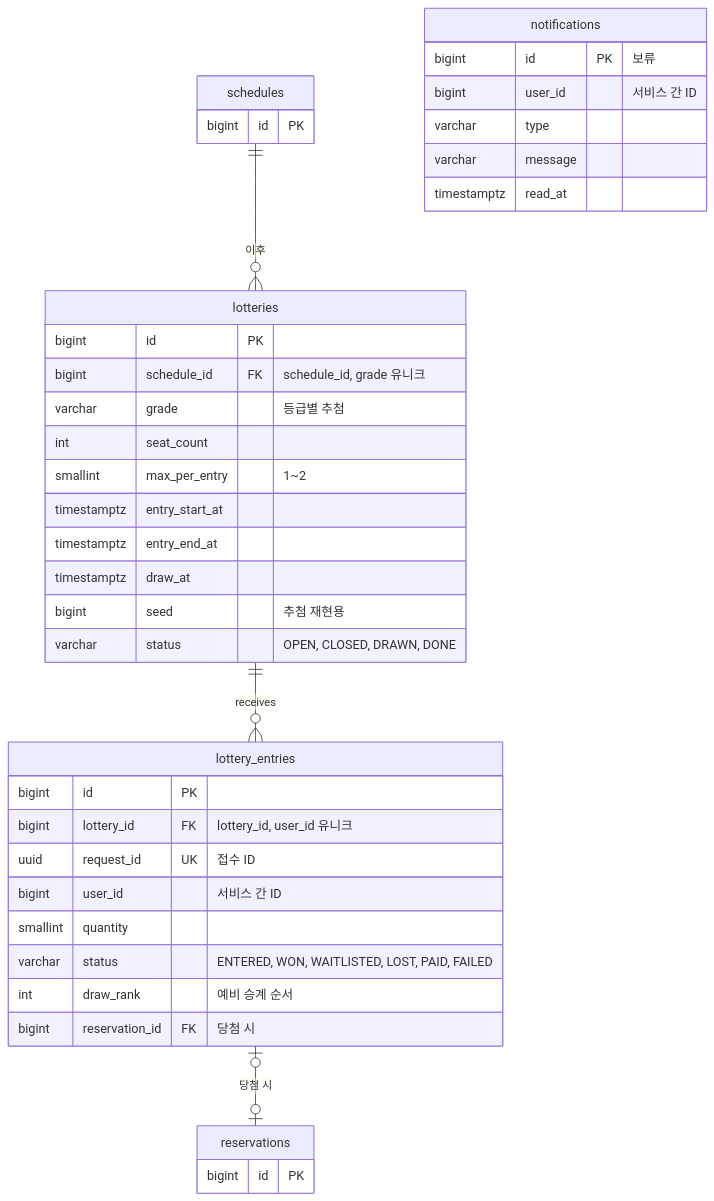
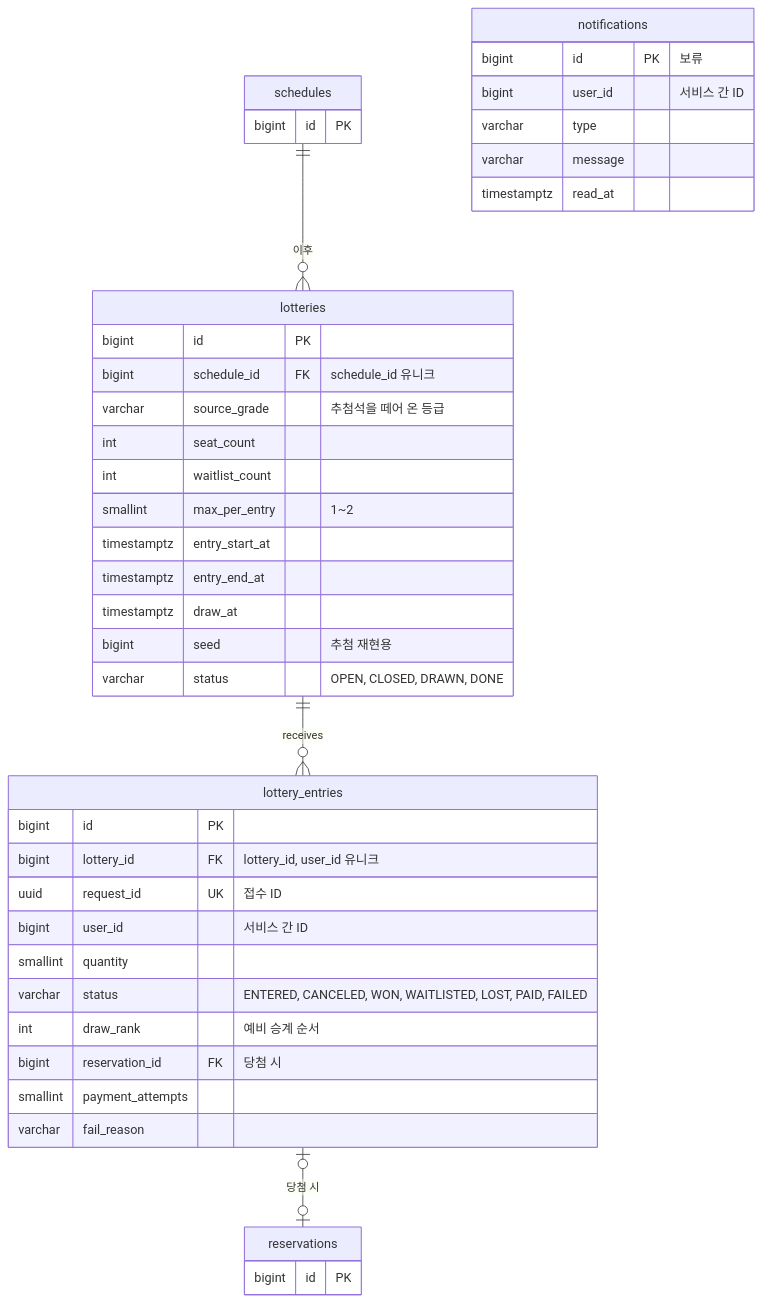
The seventh of 9 diagrams in docs/core/SA MASTER.md (iseonjwa/high-quality-ticketing-system), drawn with Mermaid before and after one commit. The commit also changed other lines of this file and 1 other file, not shown here.

````diff
--- a/docs/core/SA MASTER.md
+++ b/docs/core/SA MASTER.md
@@ -1564,42 +1584,45 @@
 ```mermaid
 erDiagram
   schedules ||--o{ lotteries : "이후"
   lotteries ||--o{ lottery_entries : receives
   lottery_entries |o--o| reservations : "당첨 시"
 
   schedules {
     bigint id PK
   }
   reservations {
     bigint id PK
   }
   lotteries {
     bigint id PK
-    bigint schedule_id FK "schedule_id, grade 유니크"
-    varchar grade "등급별 추첨"
+    bigint schedule_id FK "schedule_id 유니크"
+    varchar source_grade "추첨석을 떼어 온 등급"
     int seat_count
+    int waitlist_count
     smallint max_per_entry "1~2"
     timestamptz entry_start_at
     timestamptz entry_end_at
     timestamptz draw_at
     bigint seed "추첨 재현용"
     varchar status "OPEN, CLOSED, DRAWN, DONE"
   }
   lottery_entries {
     bigint id PK
     bigint lottery_id FK "lottery_id, user_id 유니크"
     uuid request_id UK "접수 ID"
     bigint user_id "서비스 간 ID"
     smallint quantity
-    varchar status "ENTERED, WON, WAITLISTED, LOST, PAID, FAILED"
+    varchar status "ENTERED, CANCELED, WON, WAITLISTED, LOST, PAID, FAILED"
     int draw_rank "예비 승계 순서"
     bigint reservation_id FK "당첨 시"
+    smallint payment_attempts
+    varchar fail_reason
   }
   notifications {
     bigint id PK "보류"
     bigint user_id "서비스 간 ID"
     varchar type
     varchar message
     timestamptz read_at
   }
 ```
````
